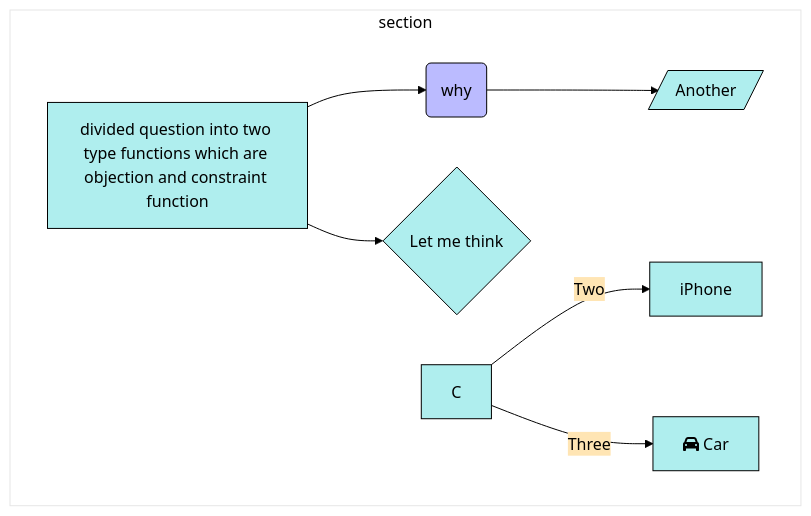
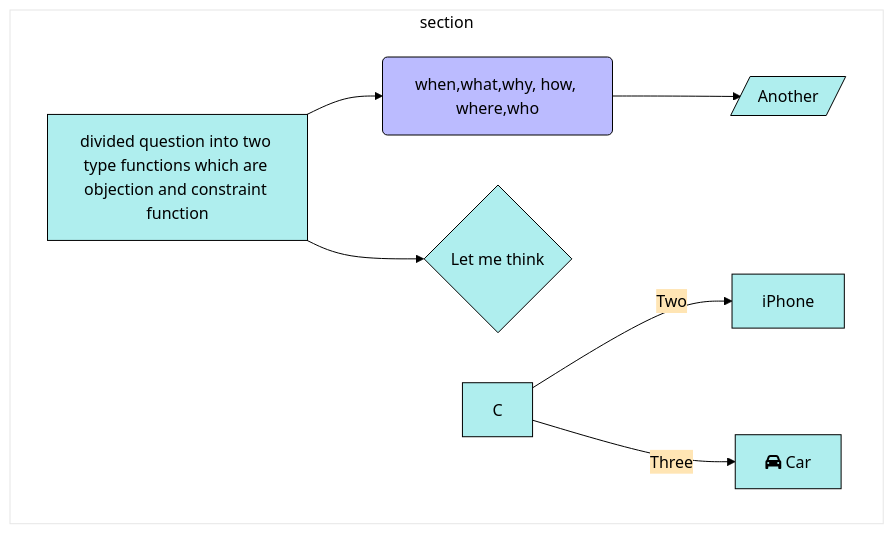
One commit to Yin-Tzu/Learning_ML changed the diagram in question_divided_into_two_function.md. Above: the diagram before and after it, drawn with Mermaid.

````diff
--- a/question_divided_into_two_function.md
+++ b/question_divided_into_two_function.md
@@ -12,24 +12,24 @@
 ```mermaid
 %%{
   init: {
     'theme': 'base',
     'themeVariables': {
       'primaryColor': '#AFEEEE',
       'primaryTextColor': '#000000',
       'primaryBorderColor': '#000000',
       'lineColor': '#000000',
       'secondaryColor': '#FFE5B4',
       'tertiaryColor': '#fff'
     }
   }
 }%%
         graph TD
           subgraph section
-          A[divided question into two type functions which are objection and constraint function] --> B(why)
+          A[divided question into two type functions which are objection and constraint function] --> B(when,what,why, how, where,who)
           A --> D{Let me think}
           B --> G[/Another/]
           C -->|Two| E[iPhone]
           C -->|Three| F[fa:fa-car Car]
           style B fill:#bbf
           end
 ```
````
